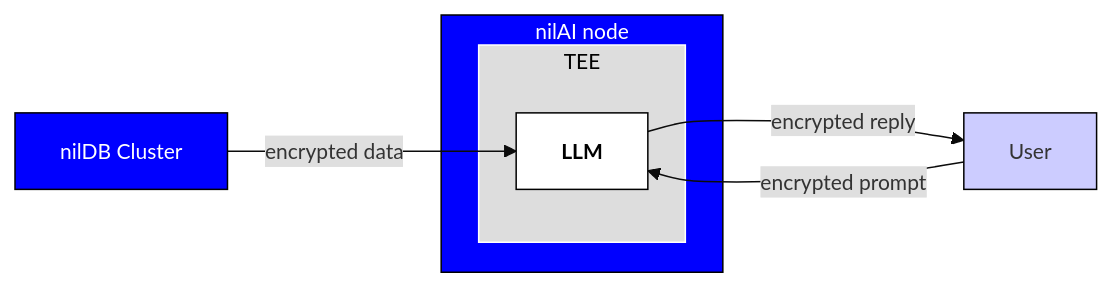
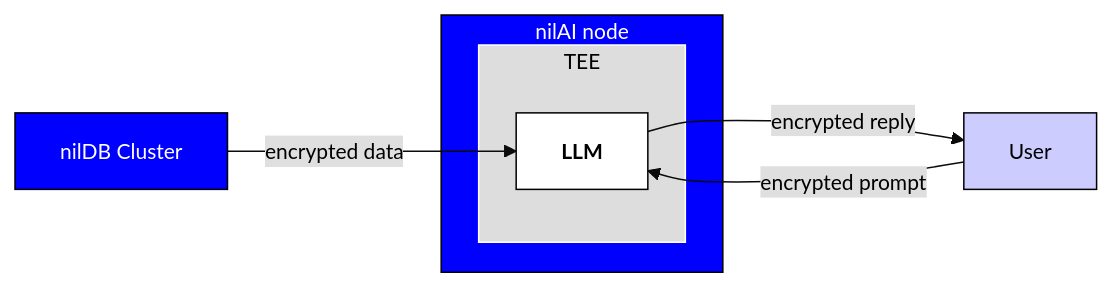
One commit to NillionNetwork/nillion-docs changed the second of 2 diagrams in docs/learn/blind-modules.md. Above: the diagram before and after it, drawn with Mermaid. The commit also changed other lines of this file and 1 other file, not shown here.

Commit message:
docs: fix styles of architecture and blind modules diagrams

````diff
--- a/docs/learn/blind-modules.md
+++ b/docs/learn/blind-modules.md
@@ -66,33 +67,34 @@
 ```mermaid
 %%{
     init: {
         'theme': 'base',
         'themeVariables': {
             'fontSize': '14px',
+            'primaryTextColor': '#000000',
             'primaryBorderColor': '#000000',
             'secondaryBorderColor': '#000000',
             'tertiaryBorderColor': '#000000',
             'edgeLabelBackground': '#DFDFDF'
         }
     }
 }%%
 graph LR
     linkStyle default interpolate basis
 
     subgraph NILAI ["nilAI node<br/>"]
         TEE
     end
     style NILAI fill:#0000FF,color:#FFFFFF
 
     subgraph TEE
         L
     end
     style TEE fill:#DDDDDD,stroke:#FFFFFF,color:#000000
     style L fill:#FFFFFF,stroke:#000000,color:#000000
 
     U[User] -->|encrypted prompt| L[<b>LLM</b>]
     L  -->|encrypted reply| U
     NILDB[nilDB Cluster] -->|encrypted data| L
     style U fill:#CCCCFF,stroke:#000000
     style NILDB fill:#0000FF,color:#FFFFFF
 ```
````
